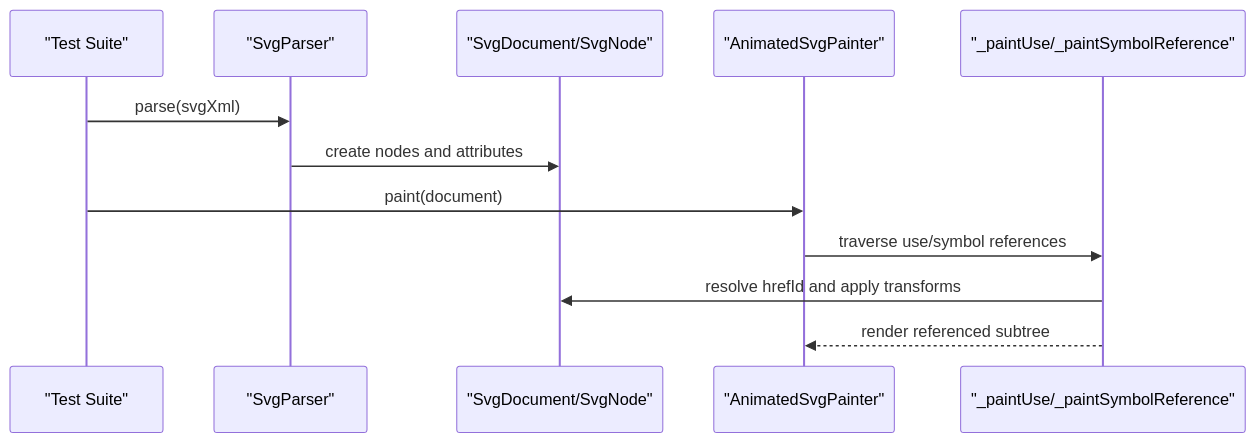
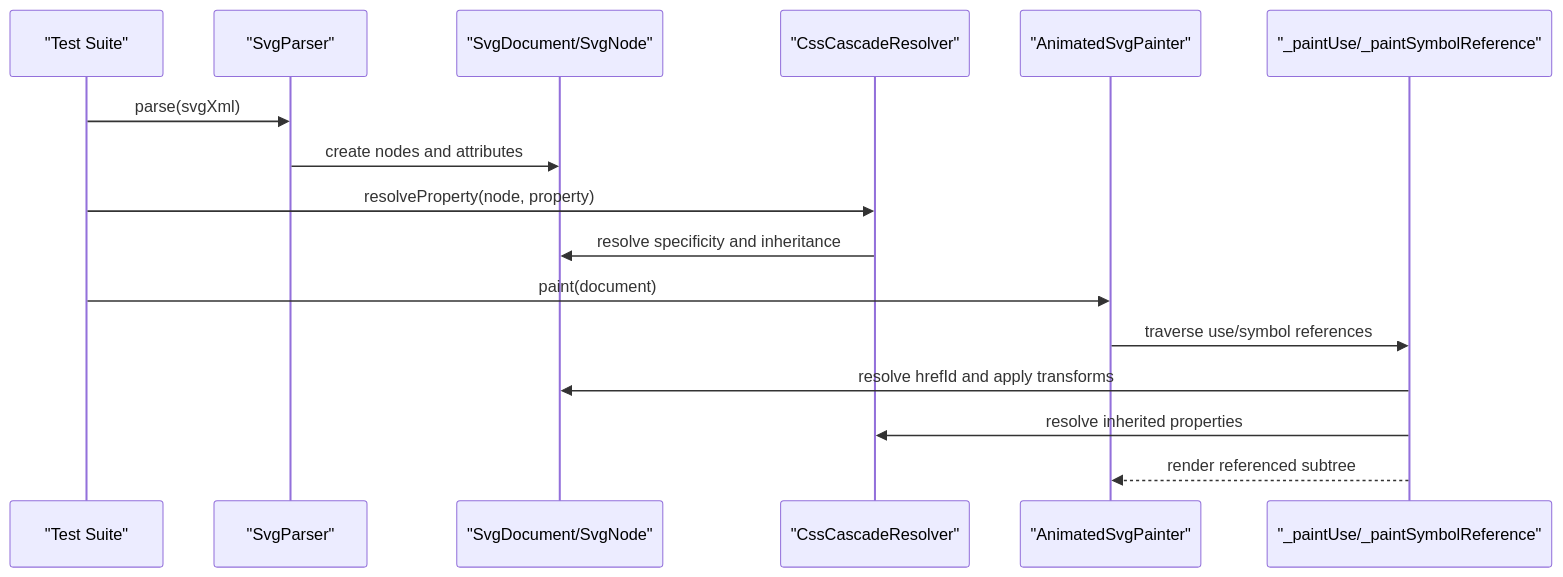
One commit to denisnadey/flutter_full_svg_support changed the second of 10 diagrams in .qoder/repowiki/en/content/Advanced Features/Use Element Symbol Inheritance.md. Above: the diagram before and after it, drawn with Mermaid. The commit also changed other lines of this file and 30 other files, not shown here.

First line of the commit message:
feat(svg): enhance use element symbol inheritance with full CSS cascade support

````diff
--- a/.qoder/repowiki/en/content/Advanced Features/Use Element Symbol Inheritance.md
+++ b/.qoder/repowiki/en/content/Advanced Features/Use Element Symbol Inheritance.md
@@ -94,14 +128,18 @@
 ```mermaid
 sequenceDiagram
 participant Test as "Test Suite"
 participant Parser as "SvgParser"
 participant DOM as "SvgDocument/SvgNode"
+participant CSS as "CssCascadeResolver"
 participant Painter as "AnimatedSvgPainter"
 participant UseExt as "_paintUse/_paintSymbolReference"
 Test->>Parser : parse(svgXml)
 Parser->>DOM : create nodes and attributes
+Test->>CSS : resolveProperty(node, property)
+CSS->>DOM : resolve specificity and inheritance
 Test->>Painter : paint(document)
 Painter->>UseExt : traverse use/symbol references
 UseExt->>DOM : resolve hrefId and apply transforms
+UseExt->>CSS : resolve inherited properties
 UseExt-->>Painter : render referenced subtree
 ```
````
